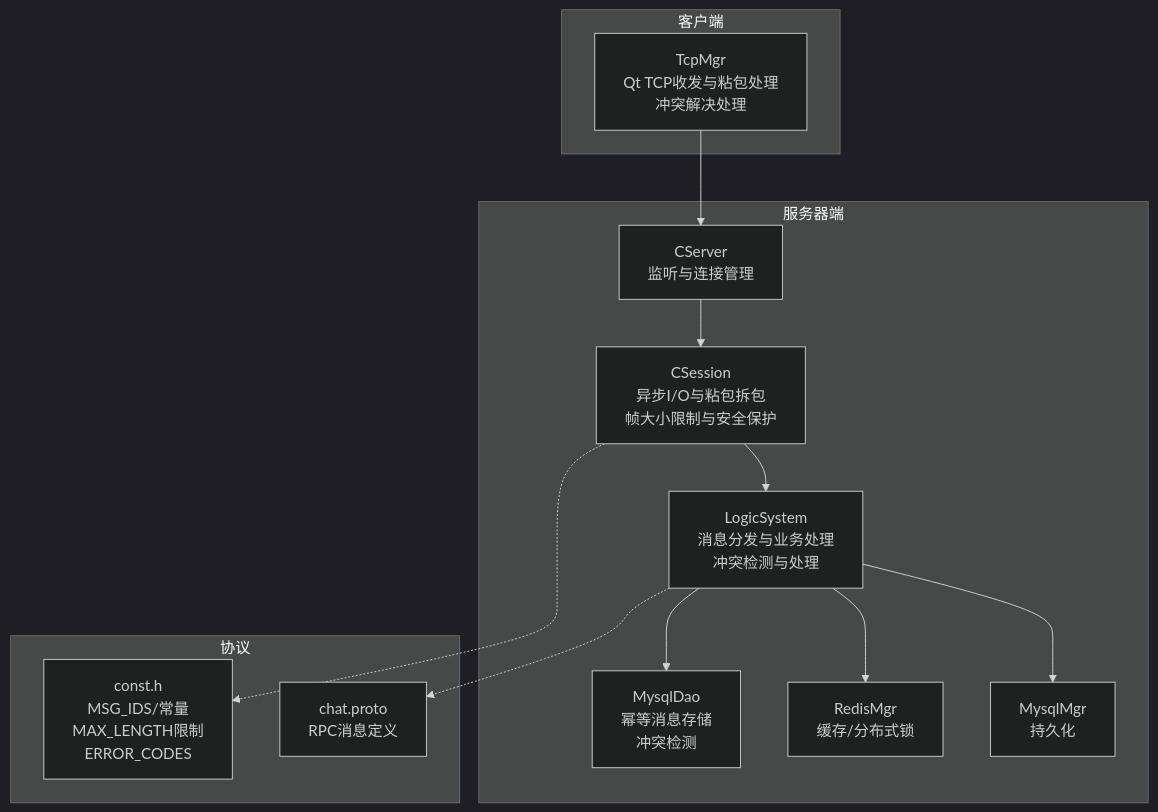
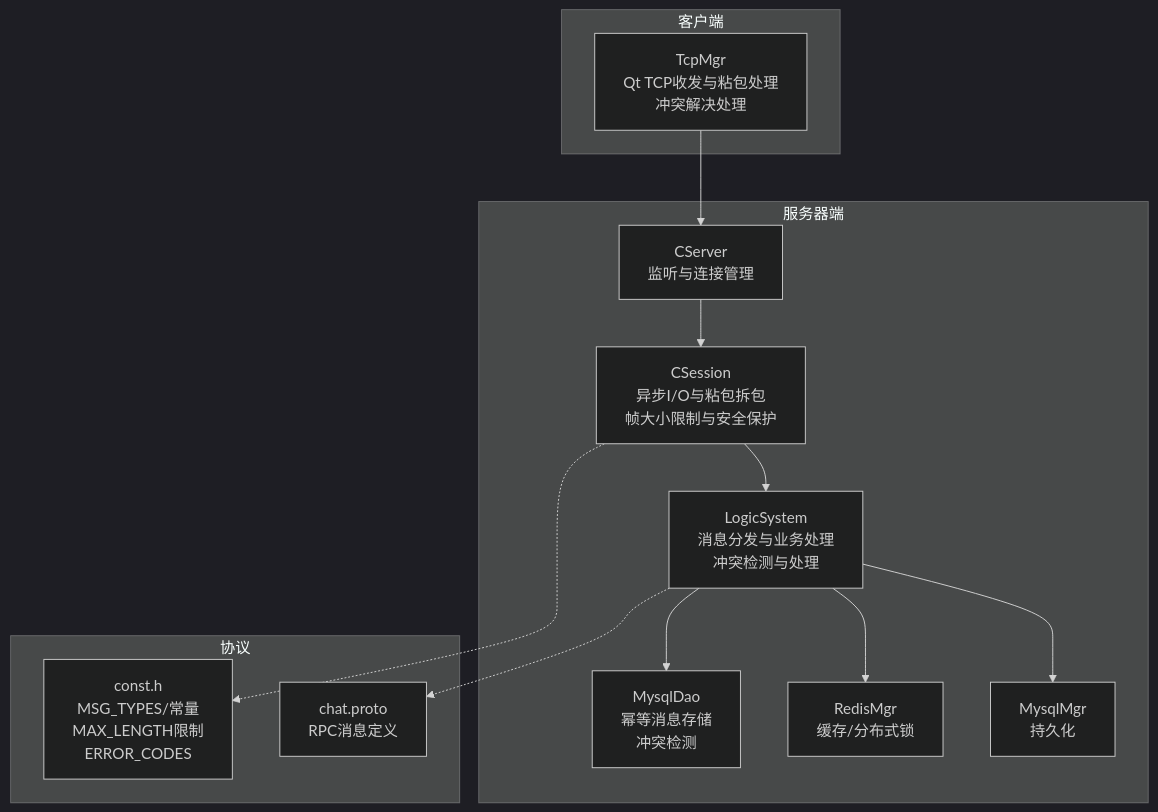
One commit to echo9923/mychatter changed the first of 8 diagrams in .qoder/repowiki/zh/content/服务端开发/ChatServer聊天核心服务/会话管理/消息处理机制.md. Above: the diagram before and after it, drawn with Mermaid (dark theme). The commit also changed other lines of this file and 128 other files, not shown here.

````diff
--- a/.qoder/repowiki/zh/content/服务端开发/ChatServer聊天核心服务/会话管理/消息处理机制.md
+++ b/.qoder/repowiki/zh/content/服务端开发/ChatServer聊天核心服务/会话管理/消息处理机制.md
@@ -54,26 +54,26 @@
 ```mermaid
 graph TB
 subgraph "服务器端"
 CServer["CServer<br/>监听与连接管理"]
 CSession["CSession<br/>异步I/O与粘包拆包<br/>帧大小限制与安全保护"]
 LogicSystem["LogicSystem<br/>消息分发与业务处理<br/>冲突检测与处理"]
 MysqlDao["MysqlDao<br/>幂等消息存储<br/>冲突检测"]
 RedisMgr["RedisMgr<br/>缓存/分布式锁"]
 MysqlMgr["MysqlMgr<br/>持久化"]
 end
 subgraph "客户端"
 TcpMgr["TcpMgr<br/>Qt TCP收发与粘包处理<br/>冲突解决处理"]
 end
 subgraph "协议"
-Const["const.h<br/>MSG_IDS/常量<br/>MAX_LENGTH限制<br/>ERROR_CODES"]
+Const["const.h<br/>MSG_TYPES/常量<br/>MAX_LENGTH限制<br/>ERROR_CODES"]
 Proto["chat.proto<br/>RPC消息定义"]
 end
 TcpMgr --> CServer
 CServer --> CSession
 CSession --> LogicSystem
 LogicSystem --> MysqlDao
 LogicSystem --> RedisMgr
 LogicSystem --> MysqlMgr
 CSession -.-> Const
 LogicSystem -.-> Proto
 ```
````
